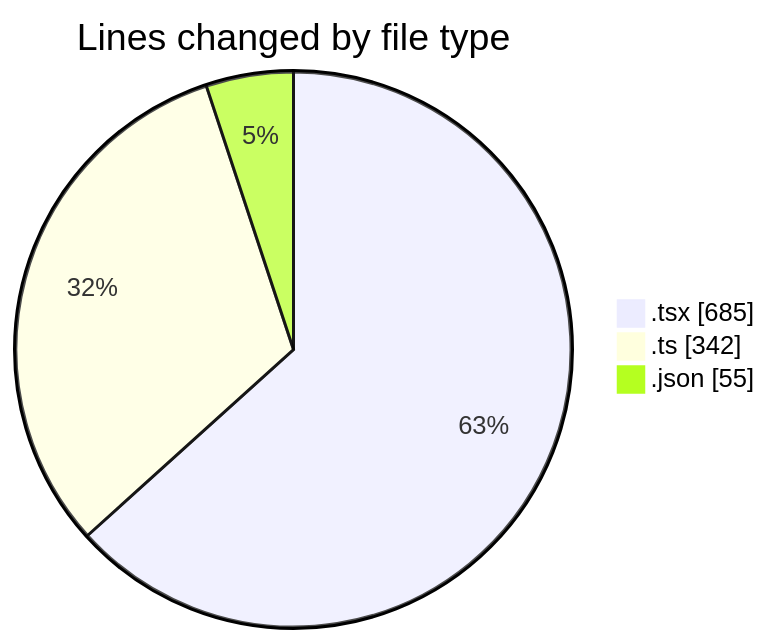
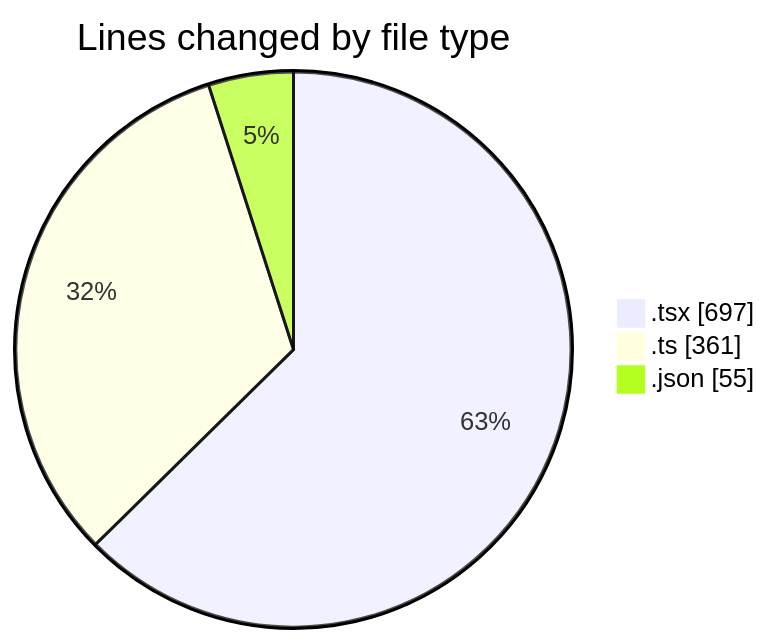
Before and after one commit to julien-gomy/code-tracking: the first of 2 diagrams in 2025-10-21/eventscop-frontend-guide__workspace_/README.md, drawn with Mermaid. The commit also changed other lines of this file and 1 other file, not shown here.

````diff
--- a/2025-10-21/eventscop-frontend-guide__workspace_/README.md
+++ b/2025-10-21/eventscop-frontend-guide__workspace_/README.md
@@ -33,7 +34,7 @@
 ```mermaid
 pie showData
 title Lines changed by file type
-".tsx" : 685
-".ts" : 342
+".tsx" : 697
+".ts" : 361
 ".json" : 55
 ```
````
